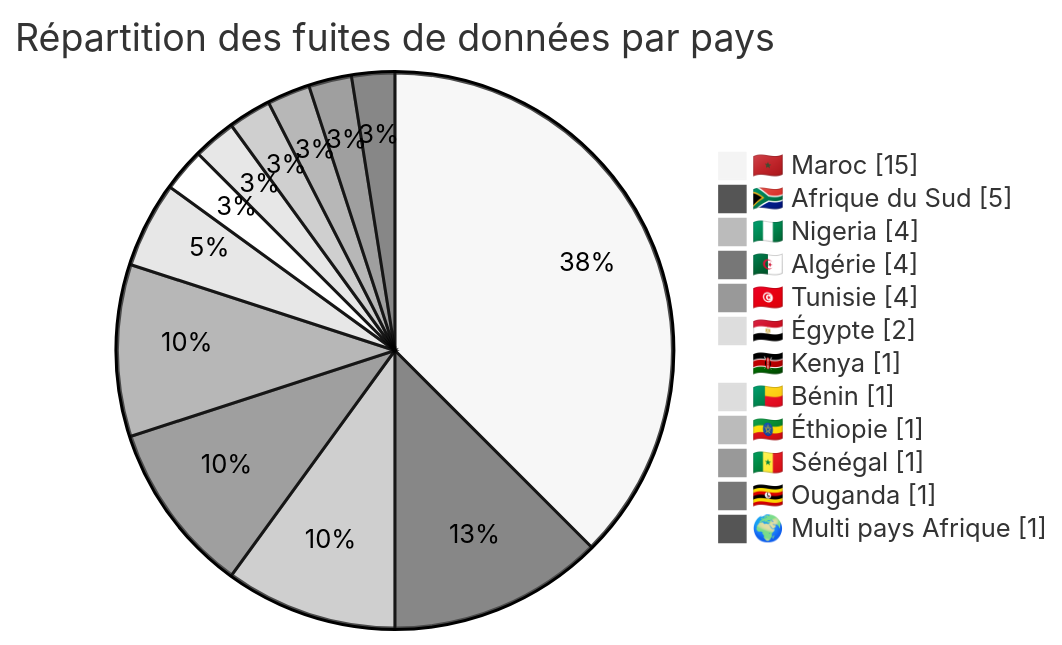
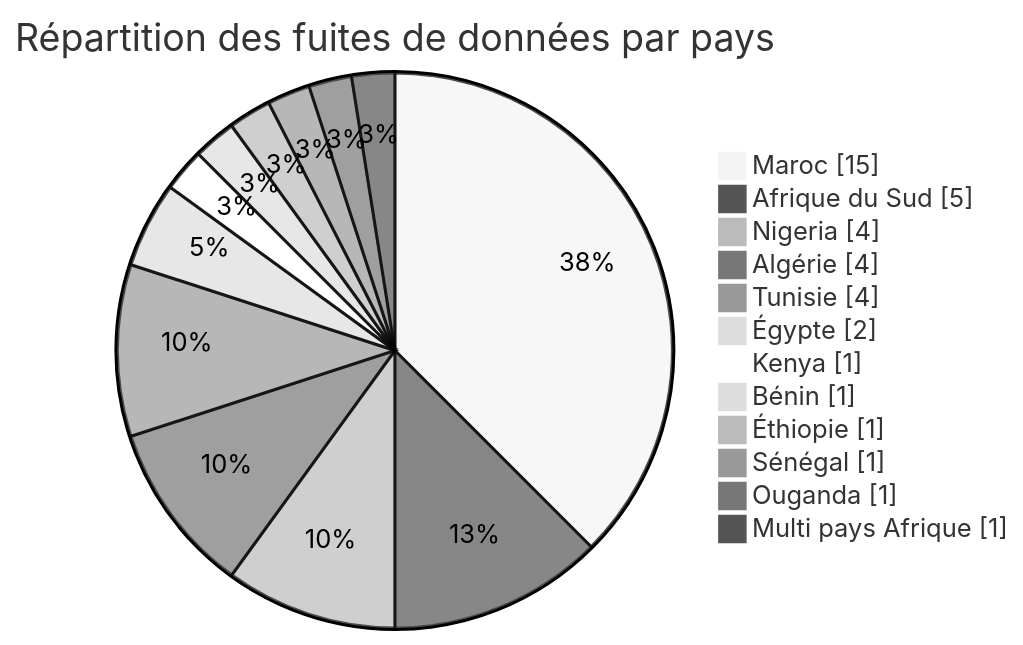
The third of 5 diagrams in CyberAttackAfrica/2026/04-april/README_FR.md (Hatchepsoute/AFRINTEL), drawn with Mermaid (neutral theme) before and after one commit. The commit also changed other lines of this file and 11 other files, not shown here.

First line of the commit message:
fix: remove all emojis from Mermaid labels in Jan-Jun 2026 reports

````diff
--- a/CyberAttackAfrica/2026/04-april/README_FR.md
+++ b/CyberAttackAfrica/2026/04-april/README_FR.md
@@ -184,16 +184,16 @@
 ```mermaid
 pie showData
-    title Répartition des fuites de données par pays
-    "🇲🇦 Maroc" : 15
-    "🇿🇦 Afrique du Sud" : 5
-    "🇳🇬 Nigeria" : 4
-    "🇩🇿 Algérie" : 4
-    "🇹🇳 Tunisie" : 4
-    "🇪🇬 Égypte" : 2
-    "🇰🇪 Kenya" : 1
-    "🇧🇯 Bénin" : 1
-    "🇪🇹 Éthiopie" : 1
-    "🇸🇳 Sénégal" : 1
-    "🇺🇬 Ouganda" : 1
-    "🌍 Multi pays Afrique" : 1
+ title Répartition des fuites de données par pays
+ "Maroc" : 15
+ "Afrique du Sud" : 5
+ "Nigeria" : 4
+ "Algérie" : 4
+ "Tunisie" : 4
+ "Égypte" : 2
+ "Kenya" : 1
+ "Bénin" : 1
+ "Éthiopie" : 1
+ "Sénégal" : 1
+ "Ouganda" : 1
+ "Multi pays Afrique" : 1
 ```
````
